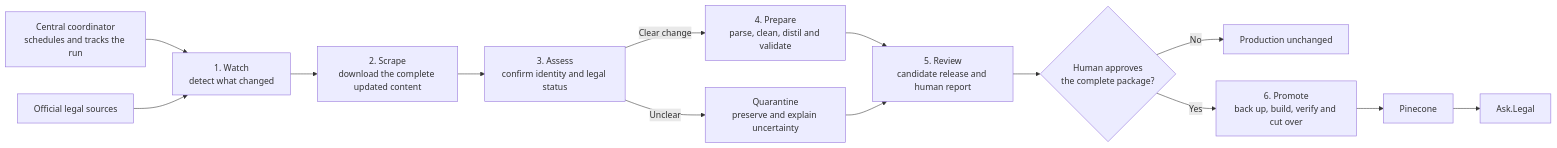
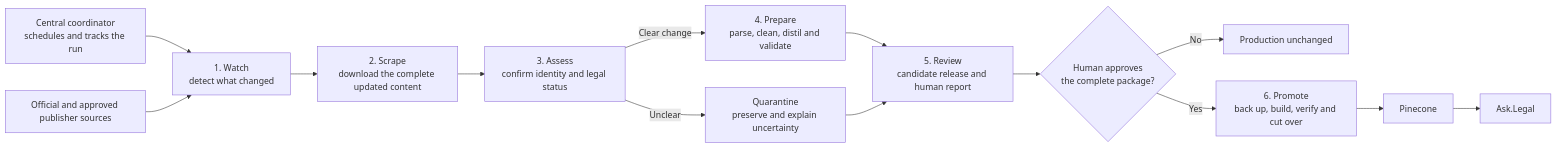
One commit to stevw-repo/AutonomousLCP changed the first of 23 diagrams in docs/design/INITIAL_OVERALL_PIPELINE_DESIGN.md. Above: the diagram before and after it, drawn with Mermaid. The commit also changed other lines of this file and 96 other files, not shown here.

````diff
--- a/docs/design/INITIAL_OVERALL_PIPELINE_DESIGN.md
+++ b/docs/design/INITIAL_OVERALL_PIPELINE_DESIGN.md
@@ -31,23 +36,23 @@
 ```mermaid
 flowchart LR
     CO["Central coordinator<br/>schedules and tracks the run"]
-    OS["Official legal sources"]
+    OS["Official and approved publisher sources"]
     WA["1. Watch<br/>detect what changed"]
     SC["2. Scrape<br/>download the complete updated content"]
     DE["3. Assess<br/>confirm identity and legal status"]
     PR["4. Prepare<br/>parse, clean, distil and validate"]
     RV["5. Review<br/>candidate release and human report"]
     HU{"Human approves<br/>the complete package?"}
     NC["Production unchanged"]
     PU["6. Promote<br/>back up, build, verify and cut over"]
     PC["Pinecone"]
     AL["Ask.Legal"]
     QU["Quarantine<br/>preserve and explain uncertainty"]
 
     CO --> WA
     OS --> WA --> SC --> DE
     DE -->|"Clear change"| PR --> RV --> HU
     DE -->|"Unclear"| QU --> RV
     HU -->|"No"| NC
     HU -->|"Yes"| PU --> PC --> AL
 ```
````
